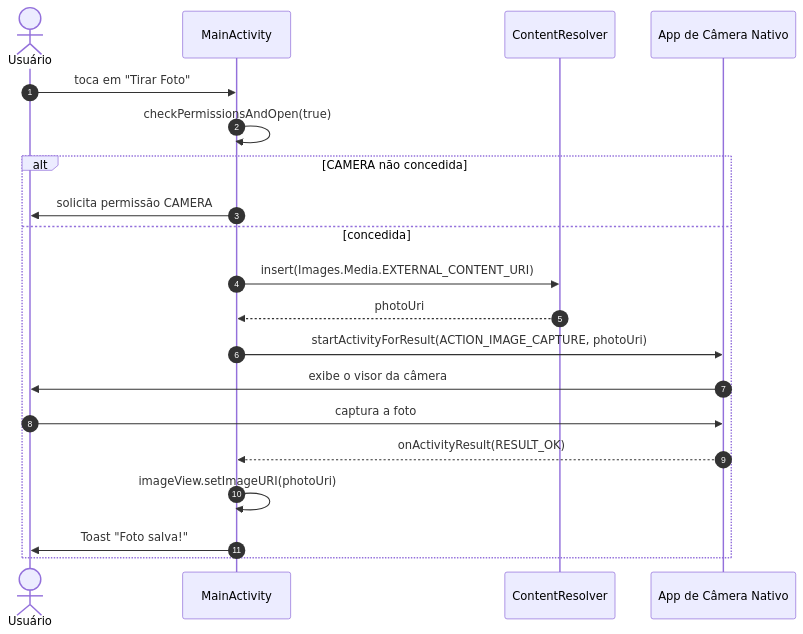
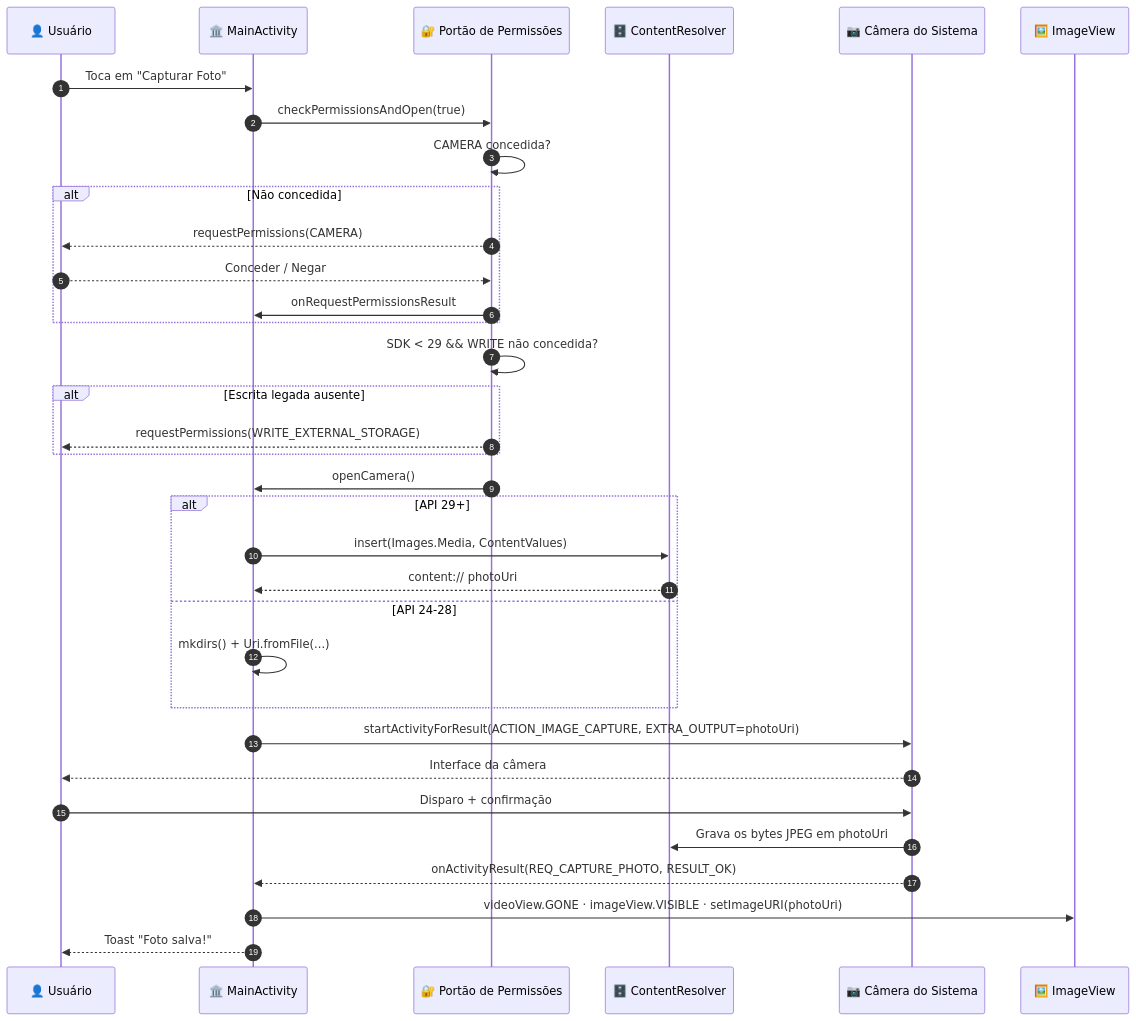
One commit to VictorHJesusSantiago/AppCamera changed the fourth of 9 diagrams in README_PT.md. Above: the diagram before and after it, drawn with Mermaid. The commit also changed other lines of this file and 2 other files, not shown here.

````diff
--- a/README_PT.md
+++ b/README_PT.md
@@ -619,23 +755,37 @@
 ```mermaid
 sequenceDiagram
     autonumber
-    actor User as Usuário
-    participant MainActivity
-    participant ContentResolver
-    participant NativeCamera as App de Câmera Nativo
+    participant U as 👤 Usuário
+    participant A as 🏛️ MainActivity
+    participant P as 🔐 Portão de Permissões
+    participant R as 🗄️ ContentResolver
+    participant C as 📷 Câmera do Sistema
+    participant V as 🖼️ ImageView
 
-    User->>MainActivity: toca em "Tirar Foto"
-    MainActivity->>MainActivity: checkPermissionsAndOpen(true)
-    alt CAMERA não concedida
-        MainActivity->>User: solicita permissão CAMERA
-    else concedida
-        MainActivity->>ContentResolver: insert(Images.Media.EXTERNAL_CONTENT_URI)
-        ContentResolver-->>MainActivity: photoUri
-        MainActivity->>NativeCamera: startActivityForResult(ACTION_IMAGE_CAPTURE, photoUri)
-        NativeCamera->>User: exibe o visor da câmera
-        User->>NativeCamera: captura a foto
-        NativeCamera-->>MainActivity: onActivityResult(RESULT_OK)
-        MainActivity->>MainActivity: imageView.setImageURI(photoUri)
-        MainActivity->>User: Toast "Foto salva!"
+    U->>A: Toca em "Capturar Foto"
+    A->>P: checkPermissionsAndOpen(true)
+    P->>P: CAMERA concedida?
+    alt Não concedida
+        P-->>U: requestPermissions(CAMERA)
+        U-->>P: Conceder / Negar
+        P->>A: onRequestPermissionsResult
     end
+    P->>P: SDK < 29 && WRITE não concedida?
+    alt Escrita legada ausente
+        P-->>U: requestPermissions(WRITE_EXTERNAL_STORAGE)
+    end
+    P->>A: openCamera()
+    alt API 29+
+        A->>R: insert(Images.Media, ContentValues)
+        R-->>A: content:// photoUri
+    else API 24-28
+        A->>A: mkdirs() + Uri.fromFile(...)
+    end
+    A->>C: startActivityForResult(ACTION_IMAGE_CAPTURE, EXTRA_OUTPUT=photoUri)
+    C-->>U: Interface da câmera
+    U->>C: Disparo + confirmação
+    C->>R: Grava os bytes JPEG em photoUri
+    C-->>A: onActivityResult(REQ_CAPTURE_PHOTO, RESULT_OK)
+    A->>V: videoView.GONE · imageView.VISIBLE · setImageURI(photoUri)
+    A-->>U: Toast "Foto salva!"
 ```
````
